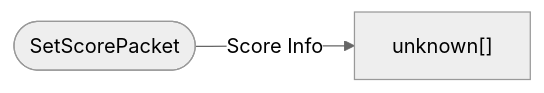
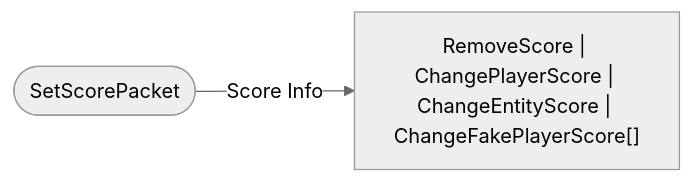
The diagram in schemas/packets/SetScorePacket.md (bedrock-v/protocol-docs), drawn with Mermaid (neutral theme) before and after one commit. The commit also changed 114 other files, not shown here.

````diff
--- a/schemas/packets/SetScorePacket.md
+++ b/schemas/packets/SetScorePacket.md
@@ -7,5 +7,5 @@
 ```mermaid
 flowchart LR
   ROOT(["SetScorePacket"])
-  ROOT -->|"Score Info"| unknown["unknown[]"]
+  ROOT -->|"Score Info"| RemoveScore___ChangePlayerScore___ChangeEntityScore___ChangeFakePlayerScore["RemoveScore | ChangePlayerScore | ChangeEntityScore | ChangeFakePlayerScore[]"]
 ```
````
